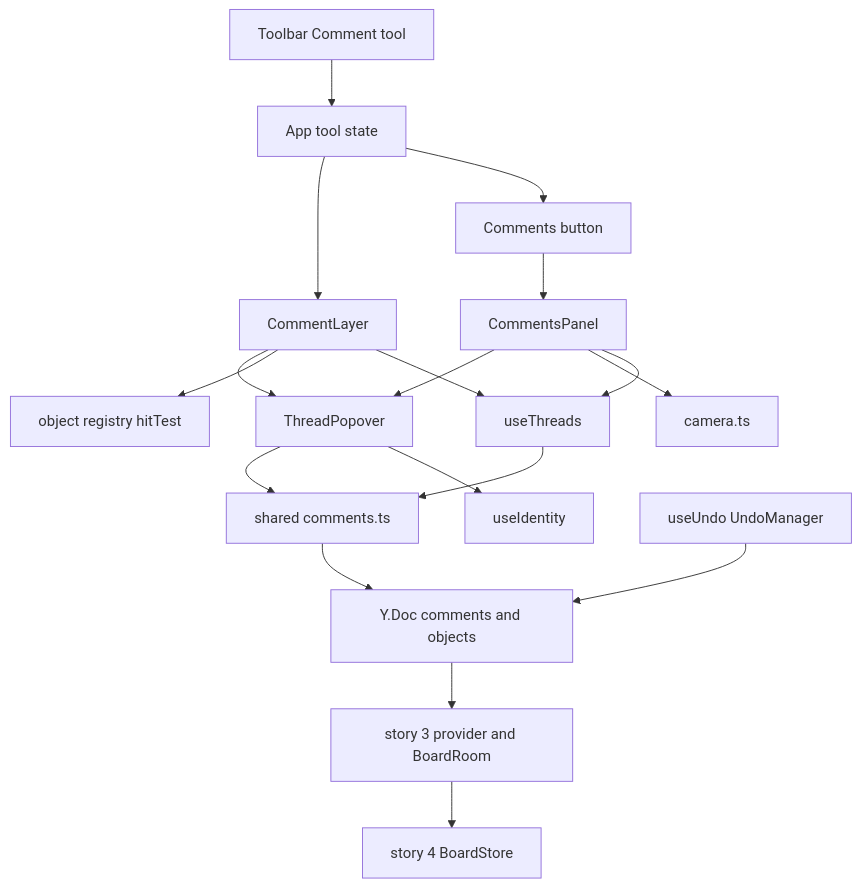
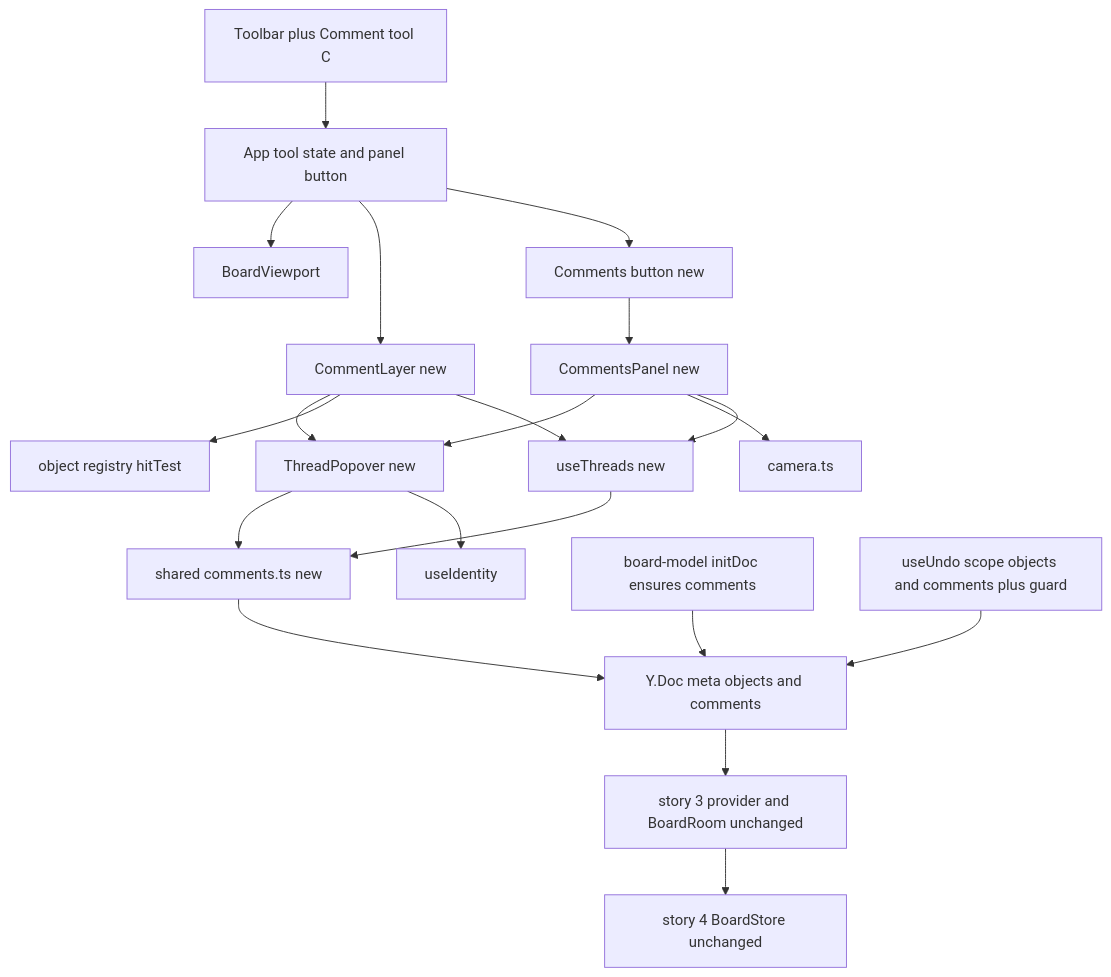
The second of 12 diagrams in benchmarks/vidi/spec/stories/016-leave-comments-on-board-content-for-teammates/design.md (boxabirds/awesome-local-ai), drawn with Mermaid before and after one commit. The commit also changed other lines of this file and 69 other files, not shown here.

````diff
--- a/benchmarks/vidi/spec/stories/016-leave-comments-on-board-content-for-teammates/design.md
+++ b/benchmarks/vidi/spec/stories/016-leave-comments-on-board-content-for-teammates/design.md
@@ -59,20 +70,22 @@
 ```mermaid
 flowchart TD
-    Toolbar[Toolbar Comment tool] --> App[App tool state]
-    App --> Layer[CommentLayer]
-    App --> PanelBtn[Comments button]
-    PanelBtn --> Panel[CommentsPanel]
-    Layer --> Popover[ThreadPopover]
+    Toolbar[Toolbar plus Comment tool C] --> App[App tool state and panel button]
+    App --> Viewport[BoardViewport]
+    App --> Layer[CommentLayer new]
+    App --> PanelBtn[Comments button new]
+    PanelBtn --> Panel[CommentsPanel new]
+    Layer --> Popover[ThreadPopover new]
     Panel --> Popover
     Panel --> Camera[camera.ts]
     Layer --> Registry[object registry hitTest]
-    Layer --> Threads[useThreads]
+    Layer --> Threads[useThreads new]
     Panel --> Threads
-    Popover --> Model[shared comments.ts]
-    Threads --> Model
+    Popover --> CModel[shared comments.ts new]
+    Threads --> CModel
     Popover --> Identity[useIdentity]
-    Model --> YDoc[Y.Doc comments and objects]
-    Undo[useUndo UndoManager] --> YDoc
-    YDoc --> Sync[story 3 provider and BoardRoom]
-    Sync --> Store[story 4 BoardStore]
+    CModel --> YDoc[Y.Doc meta objects and comments]
+    Model[board-model initDoc ensures comments] --> YDoc
+    Undo[useUndo scope objects and comments plus guard] --> YDoc
+    YDoc --> Sync[story 3 provider and BoardRoom unchanged]
+    Sync --> Store[story 4 BoardStore unchanged]
 ```
````
